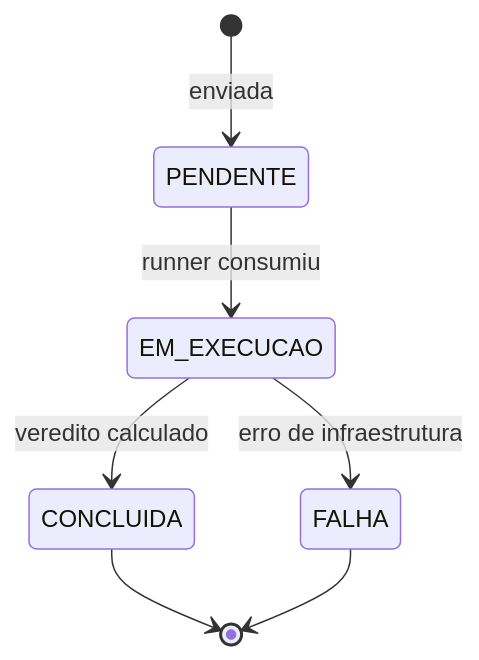
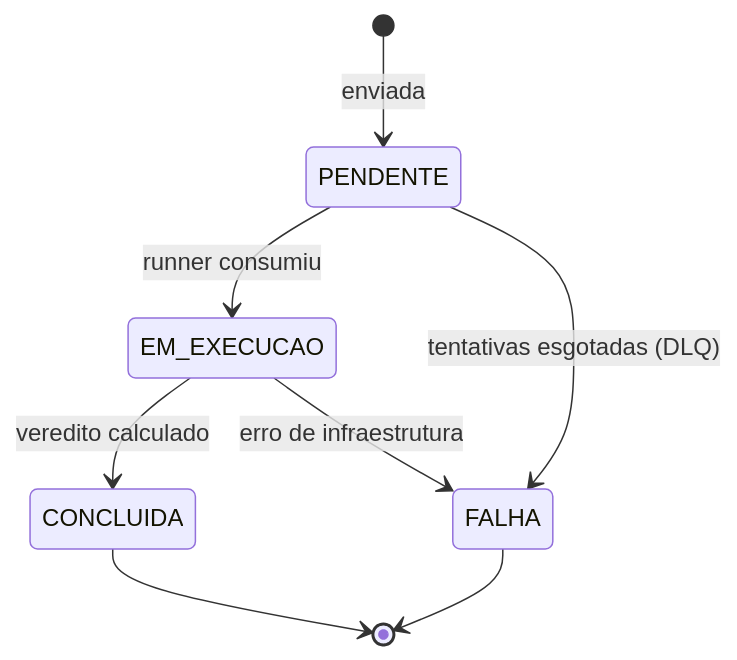
The third of 5 diagrams in docs/architecture.md (pedrogomesleite/judge), drawn with Mermaid before and after one commit. The commit also changed other lines of this file and 72 other files, not shown here.

````diff
--- a/docs/architecture.md
+++ b/docs/architecture.md
@@ -122,9 +128,10 @@
 ```mermaid
 stateDiagram-v2
     [*] --> PENDENTE: enviada
     PENDENTE --> EM_EXECUCAO: runner consumiu
+    PENDENTE --> FALHA: tentativas esgotadas (DLQ)
     EM_EXECUCAO --> CONCLUIDA: veredito calculado
     EM_EXECUCAO --> FALHA: erro de infraestrutura
     CONCLUIDA --> [*]
     FALHA --> [*]
 ```
````
